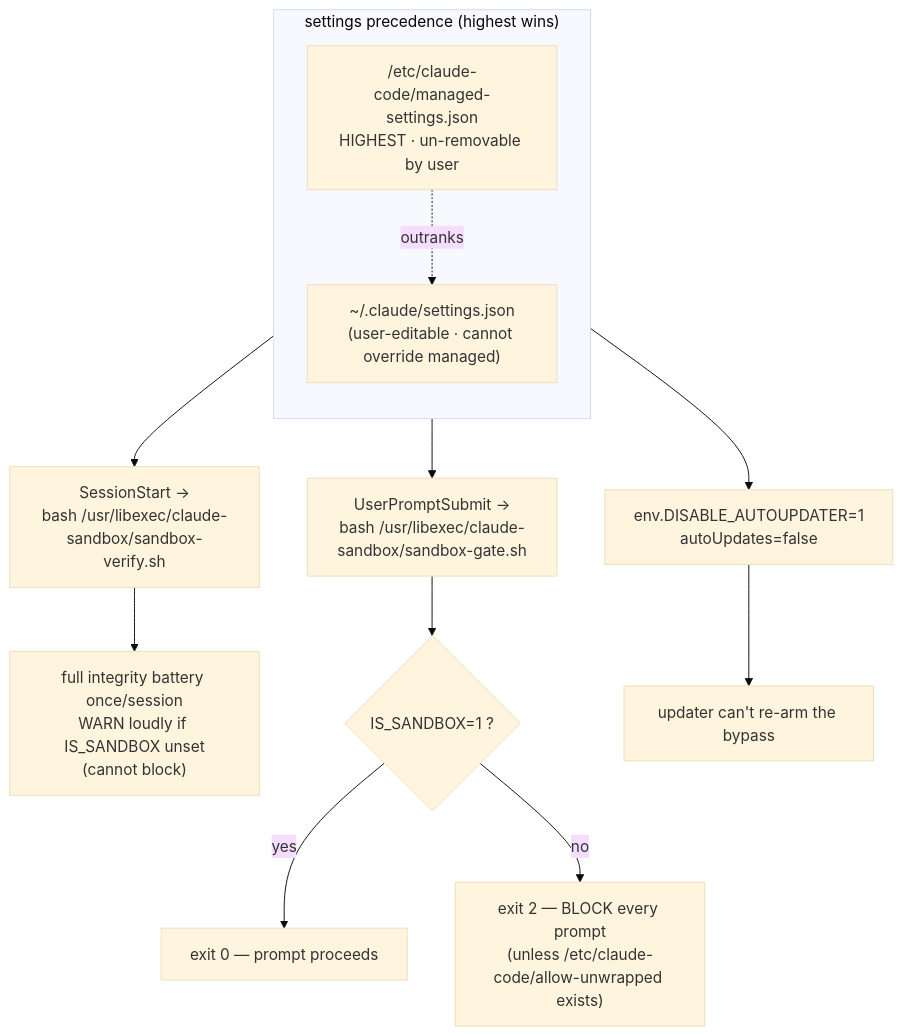
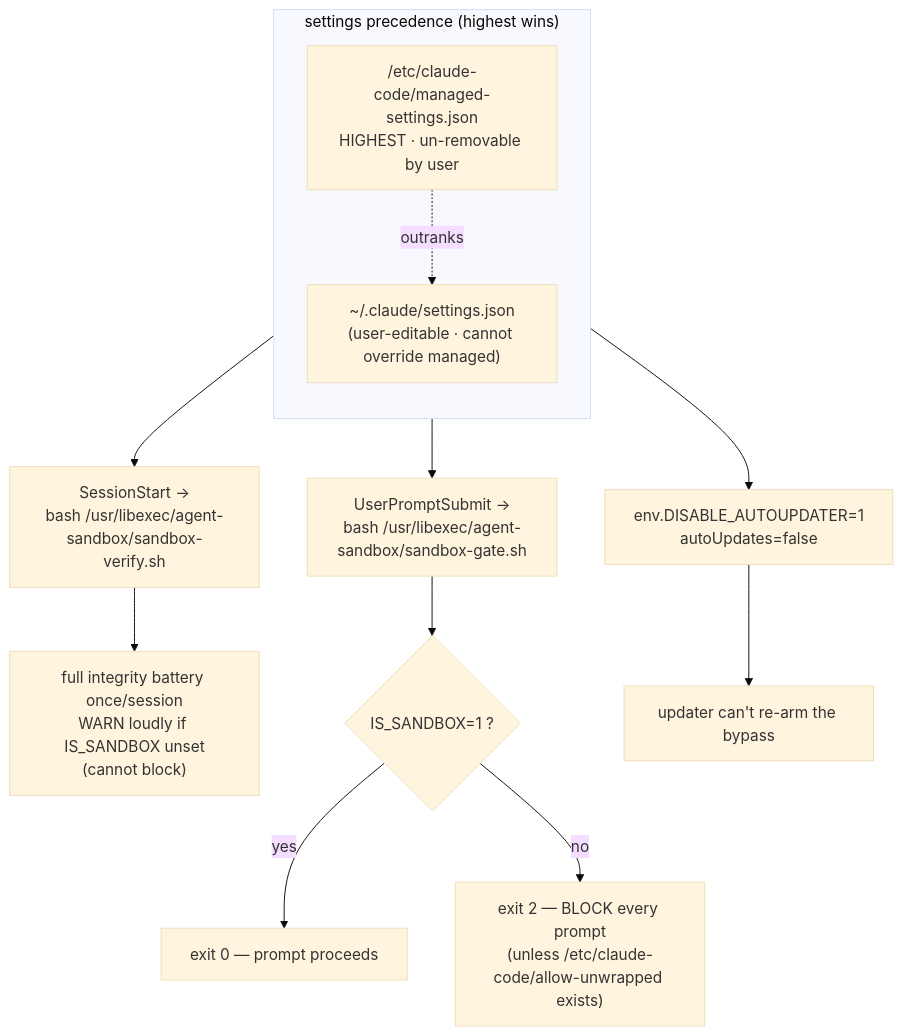
One commit to DiamondLightSource/claude-sandbox changed the fourth of 5 diagrams in docs/explanations/architecture.md. Above: the diagram before and after it, drawn with Mermaid (base theme). The commit also changed other lines of this file and 85 other files, not shown here.

````diff
--- a/docs/explanations/architecture.md
+++ b/docs/explanations/architecture.md
@@ -237,19 +241,19 @@
 ```{mermaid}
 graph TD
     subgraph precedence["settings precedence (highest wins)"]
         direction TB
         managed["/etc/claude-code/managed-settings.json<br/>HIGHEST · un-removable by user"]
         userset["~/.claude/settings.json<br/>(user-editable · cannot override managed)"]
         managed -.->|outranks| userset
     end
 
-    managed --> ss["SessionStart →<br/>bash /usr/libexec/claude-sandbox/sandbox-verify.sh"]
-    managed --> ups["UserPromptSubmit →<br/>bash /usr/libexec/claude-sandbox/sandbox-gate.sh"]
+    managed --> ss["SessionStart →<br/>bash /usr/libexec/agent-sandbox/sandbox-verify.sh"]
+    managed --> ups["UserPromptSubmit →<br/>bash /usr/libexec/agent-sandbox/sandbox-gate.sh"]
     managed --> upd["env.DISABLE_AUTOUPDATER=1<br/>autoUpdates=false"]
 
     ss --> ssact["full integrity battery once/session<br/>WARN loudly if IS_SANDBOX unset<br/>(cannot block)"]
     ups --> upsact{"IS_SANDBOX=1 ?"}
     upsact -->|yes| pass["exit 0 — prompt proceeds"]
     upsact -->|no| block["exit 2 — BLOCK every prompt<br/>(unless /etc/claude-code/allow-unwrapped exists)"]
     upd --> noarm["updater can't re-arm the bypass"]
 ```
````
